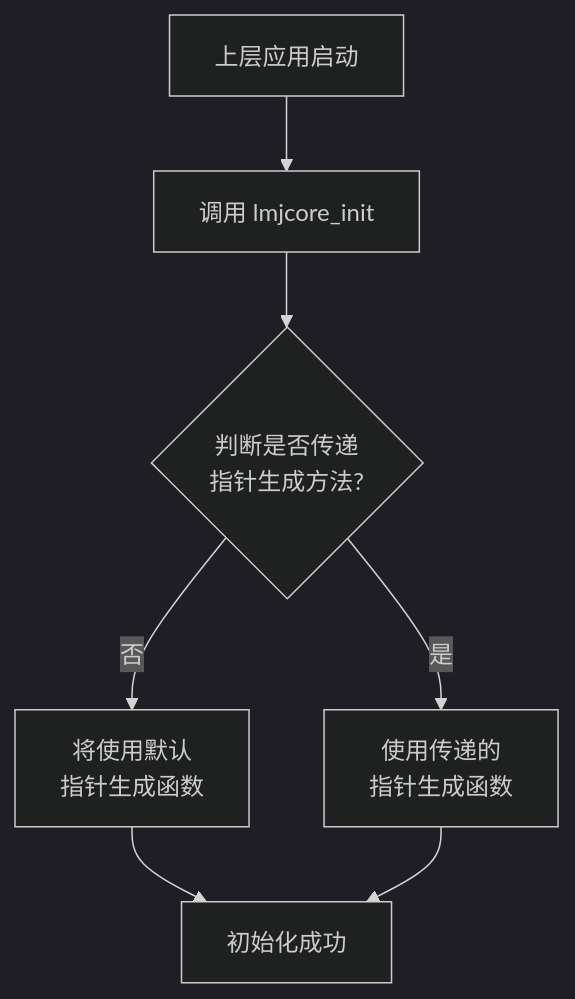
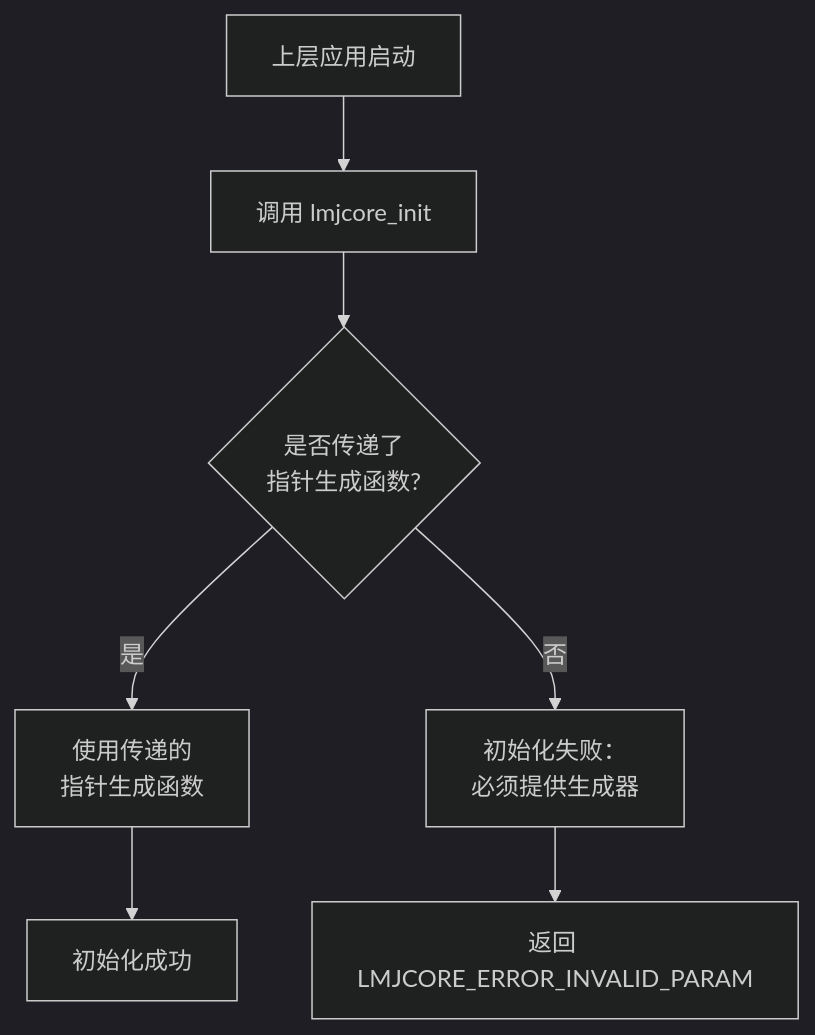
One commit to QiDream-hub/LMJCore changed the first of 6 diagrams in doc/core/LMJCore 内核使用流程图.md. Above: the diagram before and after it, drawn with Mermaid (dark theme). The commit also changed 16 other files, not shown here.

````diff
--- a/doc/core/LMJCore 内核使用流程图.md
+++ b/doc/core/LMJCore 内核使用流程图.md
@@ -4,9 +4,9 @@
 ```mermaid
 flowchart TD
     A[上层应用启动] --> B[调用 lmjcore_init]
-    B --> C{判断是否传递<br>指针生成方法?}
-    C -->|否| D[将使用默认<br>指针生成函数]
-    C -->|是| E[使用传递的<br>指针生成函数]
+    B --> C{是否传递了<br>指针生成函数?}
+    C -->|是| D[使用传递的<br>指针生成函数]
+    C -->|否| E[初始化失败：<br>必须提供生成器]
     D --> F[初始化成功]
-    E --> F
+    E --> G[返回 LMJCORE_ERROR_INVALID_PARAM]
 ```
````
